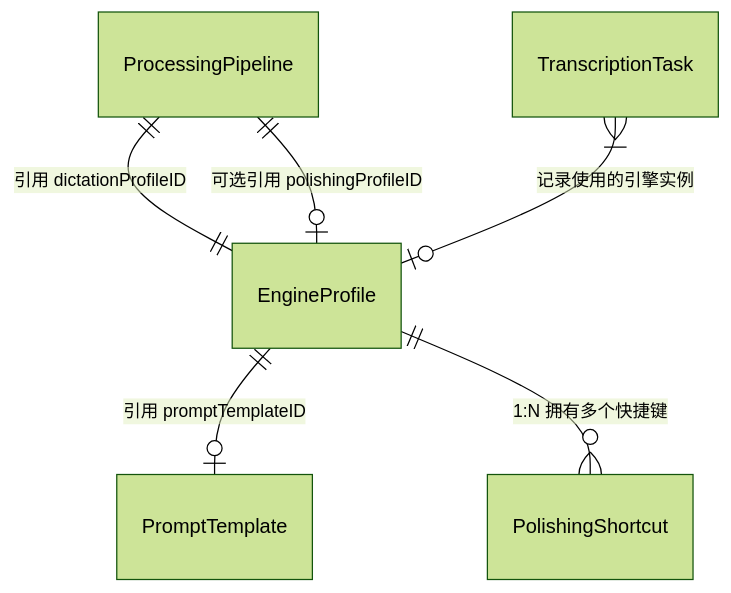
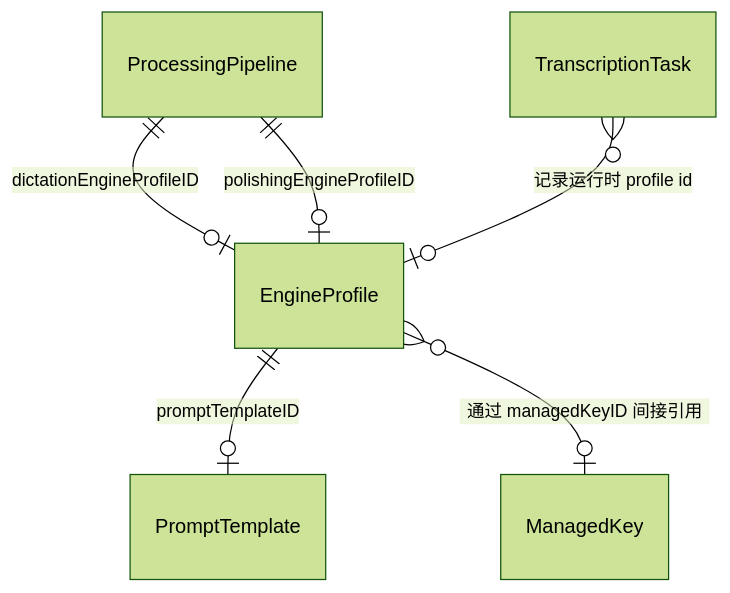
The diagram in core/Data-Models.md (yaktypeinput-bit/YakType-Input-Release), drawn with Mermaid (forest theme) before and after one commit. The commit also changed other lines of this file and 13 other files, not shown here.

````diff
--- a/core/Data-Models.md
+++ b/core/Data-Models.md
@@ -13,8 +19,8 @@
 ```mermaid
 erDiagram
-    ProcessingPipeline ||--|| EngineProfile : "引用 dictationProfileID"
-    ProcessingPipeline ||--o| EngineProfile : "可选引用 polishingProfileID"
-    EngineProfile ||--o| PromptTemplate : "引用 promptTemplateID"
-    EngineProfile ||--o{ PolishingShortcut : "1:N 拥有多个快捷键"
-    TranscriptionTask }|--o| EngineProfile : "记录使用的引擎实例"
+    ProcessingPipeline ||--o| EngineProfile : "dictationEngineProfileID"
+    ProcessingPipeline ||--o| EngineProfile : "polishingEngineProfileID"
+    EngineProfile ||--o| PromptTemplate : "promptTemplateID"
+    EngineProfile }o--o| ManagedKey : "通过 managedKeyID 间接引用"
+    TranscriptionTask }o--o| EngineProfile : "记录运行时 profile id"
 ```
````
